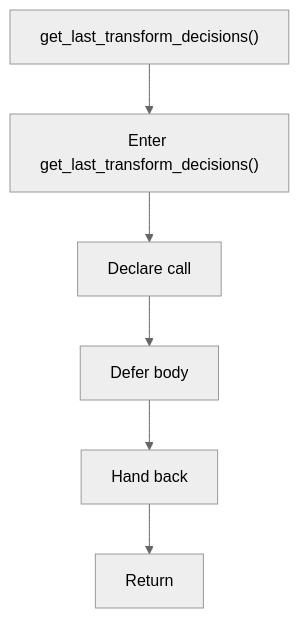
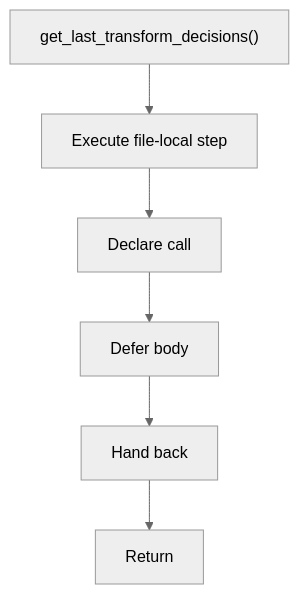
Before and after one commit to JohnAndrewBalbarosa/NeoTerritory: the sixth of 6 diagrams in docs/Codebase/Microservice/Modules/Header/SyntacticBrokenAST/Trees/Shared/code_generator.hpp.md, drawn with Mermaid (neutral theme). The commit also changed other lines of this file and 925 other files, not shown here.

````diff
--- a/docs/Codebase/Microservice/Modules/Header/SyntacticBrokenAST/Trees/Shared/code_generator.hpp.md
+++ b/docs/Codebase/Microservice/Modules/Header/SyntacticBrokenAST/Trees/Shared/code_generator.hpp.md
@@ -182,14 +181,14 @@
 ```mermaid
 flowchart TD
     Start["get_last_transform_decisions()"]
-    N0["Enter get_last_transform_decisions()"]
+    N0["Execute file-local step"]
     N1["Declare call"]
     N2["Defer body"]
     N3["Hand back"]
     End["Return"]
     Start --> N0
     N0 --> N1
     N1 --> N2
     N2 --> N3
     N3 --> End
 ```
````
